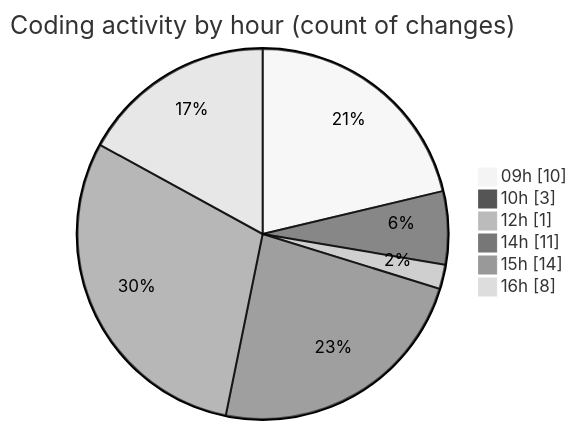
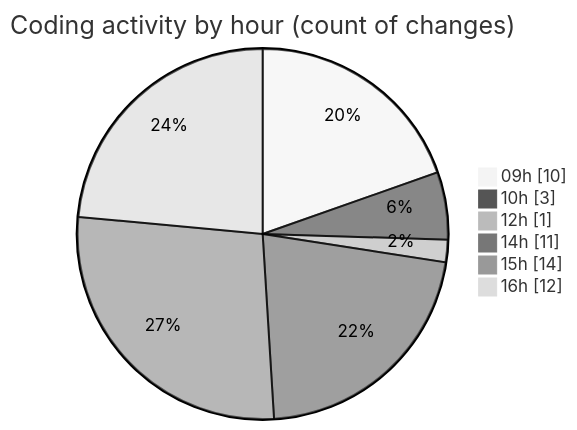
One commit to momahboobian/code-tracking changed the second of 2 diagrams in 2026-04-08/cda/README.md. Above: the diagram before and after it, drawn with Mermaid (neutral theme). The commit also changed other lines of this file and 1 other file, not shown here.

````diff
--- a/2026-04-08/cda/README.md
+++ b/2026-04-08/cda/README.md
@@ -47,10 +47,10 @@
 ```mermaid
 pie showData
 title Coding activity by hour (count of changes)
 "09h" : 10
 "10h" : 3
 "12h" : 1
 "14h" : 11
 "15h" : 14
-"16h" : 8
+"16h" : 12
 ```
````
